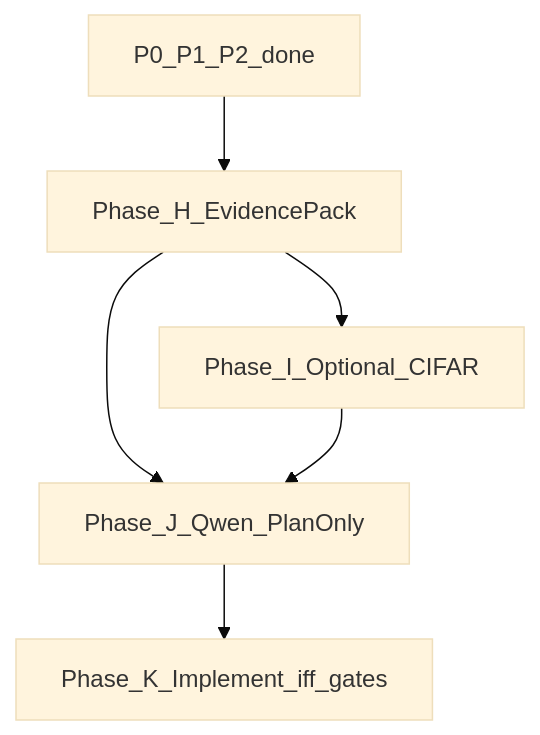
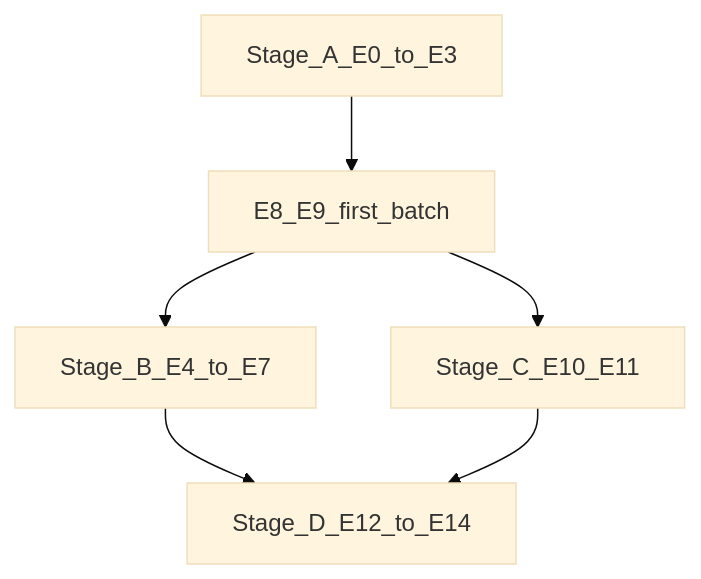
The diagram in PROJECT_PLAN.md (upUpUP-cody/Model-Compression), drawn with Mermaid (base theme) before and after one commit. The commit also changed other lines of this file and 146 other files, not shown here.

````diff
--- a/PROJECT_PLAN.md
+++ b/PROJECT_PLAN.md
@@ -629,8 +604,8 @@
 ```mermaid
 flowchart TD
-  done[P0_P1_P2_done] --> H[Phase_H_EvidencePack]
-  H --> I[Phase_I_Optional_CIFAR]
-  H --> J[Phase_J_Qwen_PlanOnly]
-  I --> J
-  J --> K[Phase_K_Implement_iff_gates]
+  A[Stage_A_E0_to_E3] --> C1[E8_E9_first_batch]
+  C1 --> B[Stage_B_E4_to_E7]
+  C1 --> C2[Stage_C_E10_E11]
+  B --> D[Stage_D_E12_to_E14]
+  C2 --> D
 ```
````
